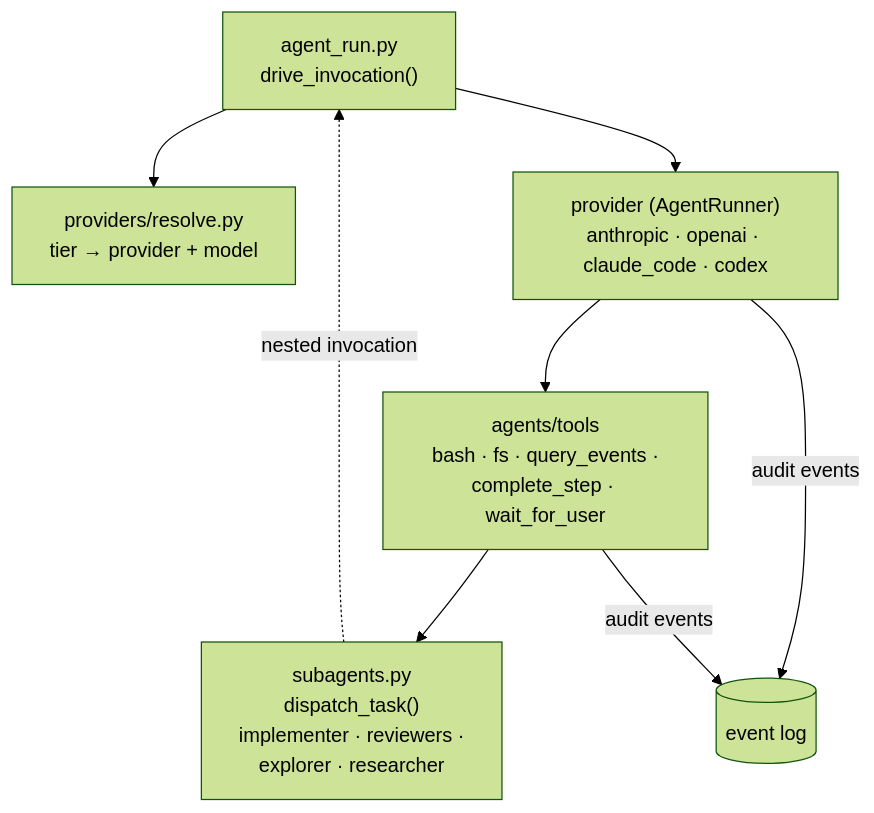
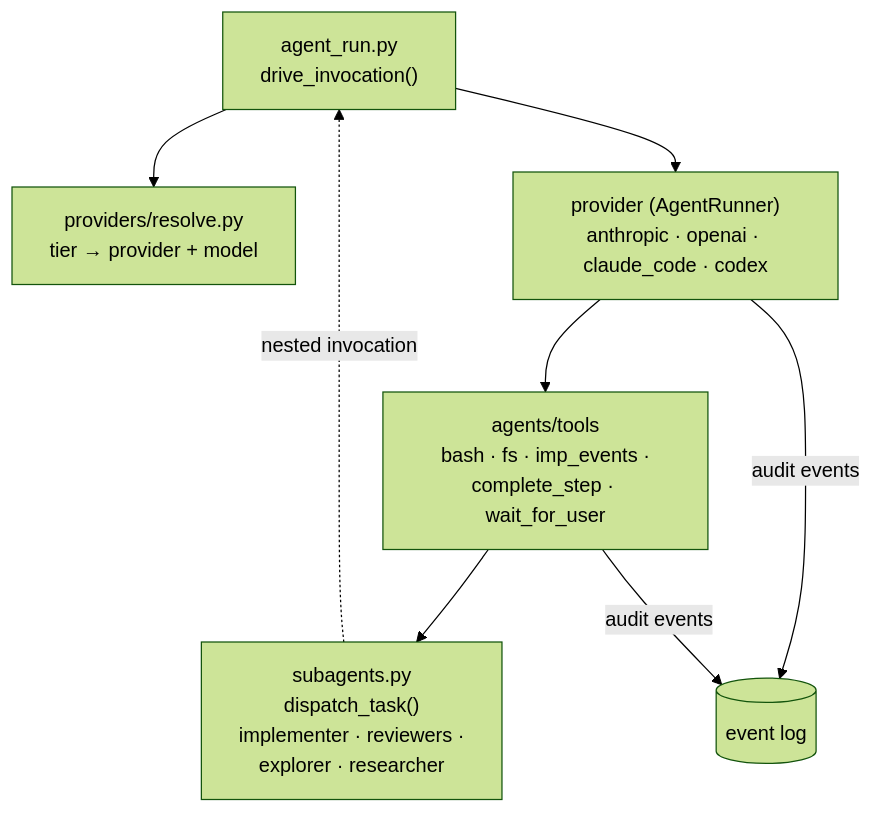
One commit to jpoimboe/imp changed the third of 12 diagrams in docs/architecture.md. Above: the diagram before and after it, drawn with Mermaid (forest theme). The commit also changed 24 other files, not shown here.

First line of the commit message:
refactor: rename query_events tool to imp_events across all sites

````diff
--- a/docs/architecture.md
+++ b/docs/architecture.md
@@ -48,10 +48,10 @@
 ```mermaid
 flowchart TB
   AR["agent_run.py<br/>drive_invocation()"] --> RES["providers/resolve.py<br/>tier → provider + model"]
   AR --> PROV["provider (AgentRunner)<br/>anthropic · openai · claude_code · codex"]
-  PROV --> TOOLS["agents/tools<br/>bash · fs · query_events ·<br/>complete_step · wait_for_user"]
+  PROV --> TOOLS["agents/tools<br/>bash · fs · imp_events ·<br/>complete_step · wait_for_user"]
   TOOLS --> SUB["subagents.py<br/>dispatch_task()<br/>implementer · reviewers ·<br/>explorer · researcher"]
   SUB -.->|"nested invocation"| AR
   PROV -->|"audit events"| LOG[("event log")]
   TOOLS -->|"audit events"| LOG
 ```
````
